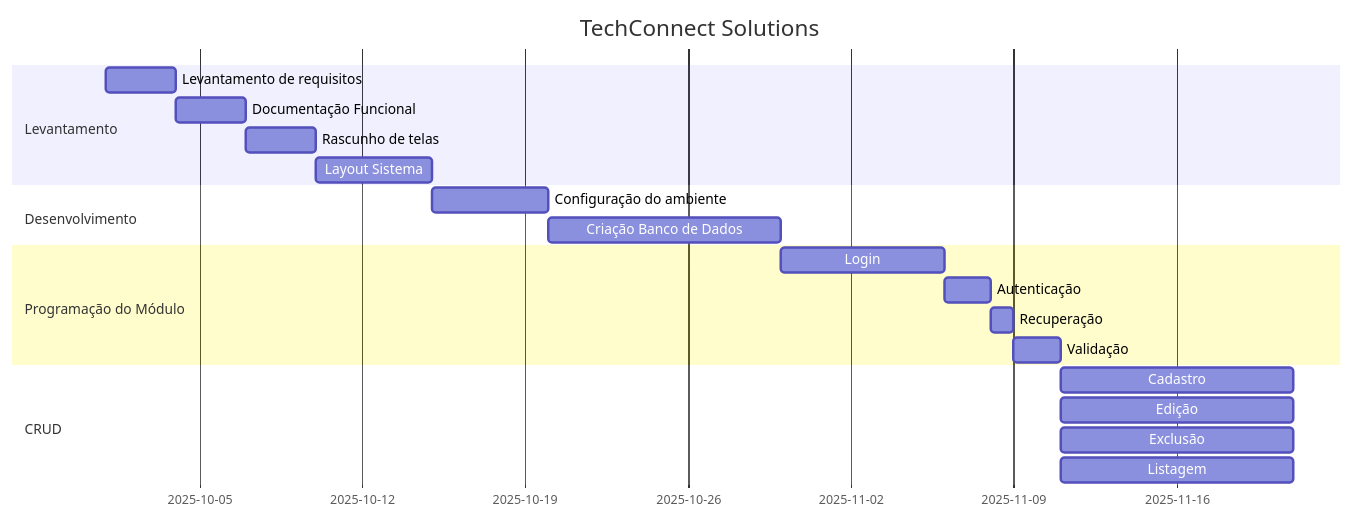
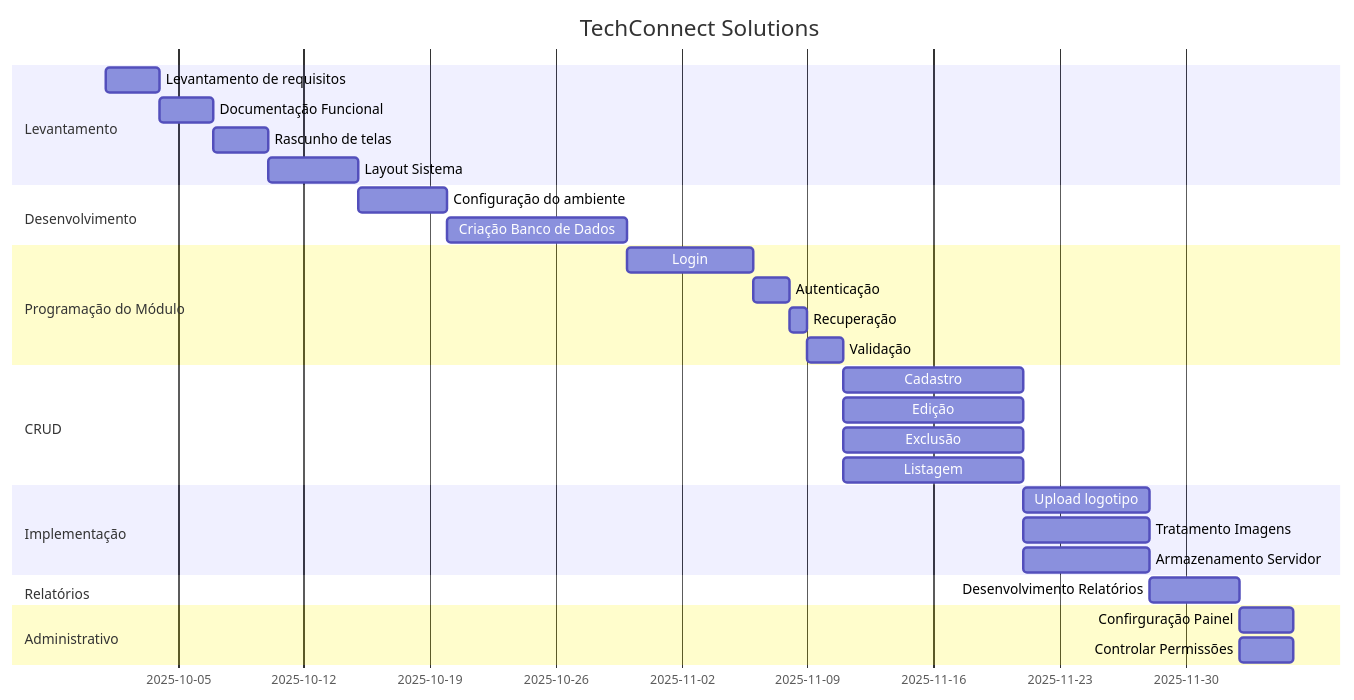
One commit to AnandaMazine/Grafico-Gantt changed the first of 3 diagrams in README.md. Above: the diagram before and after it, drawn with Mermaid.

````diff
--- a/README.md
+++ b/README.md
@@ -1,28 +1,38 @@
 ```mermaid
 gantt
 title TechConnect Solutions
 dateFormat YYYY-MM-DD
 section Levantamento
 Levantamento de requisitos:lr, 2025-10-01, 3d
 Documentação Funcional:df, after lr, 3d
 Rascunho de telas:rt, after df, 3d
 Layout Sistema:ls, after rt, 5d
 
 section Desenvolvimento
 Configuração do ambiente:ca, after ls, 5d
 Criação Banco de Dados:db, after ca, 10d
 
 section Programação do Módulo
 Login:lo, after db, 7d
 Autenticação:at, after lo, 2d
 Recuperação:rs, after at, 1d
 Validação:va, after rs, 2d
 
 section CRUD
 Cadastro:ct, after va, 10d
 Edição:ed, after va, 10d
 Exclusão:ex, after va, 10d
 Listagem:li, after va, 10d
 
+section Implementação
+Upload logotipo:ul, after li, 7d
+Tratamento Imagens:ti, after li, 7d
+Armazenamento Servidor:as, after li, 7d
 
+section Relatórios
+Desenvolvimento Relatórios:dr, after as, 5d
+
+section Administrativo
+Confirguração Painel: cp, after dr, 3d
+Controlar Permissões: cp, after dr, 3d
 ```
````
